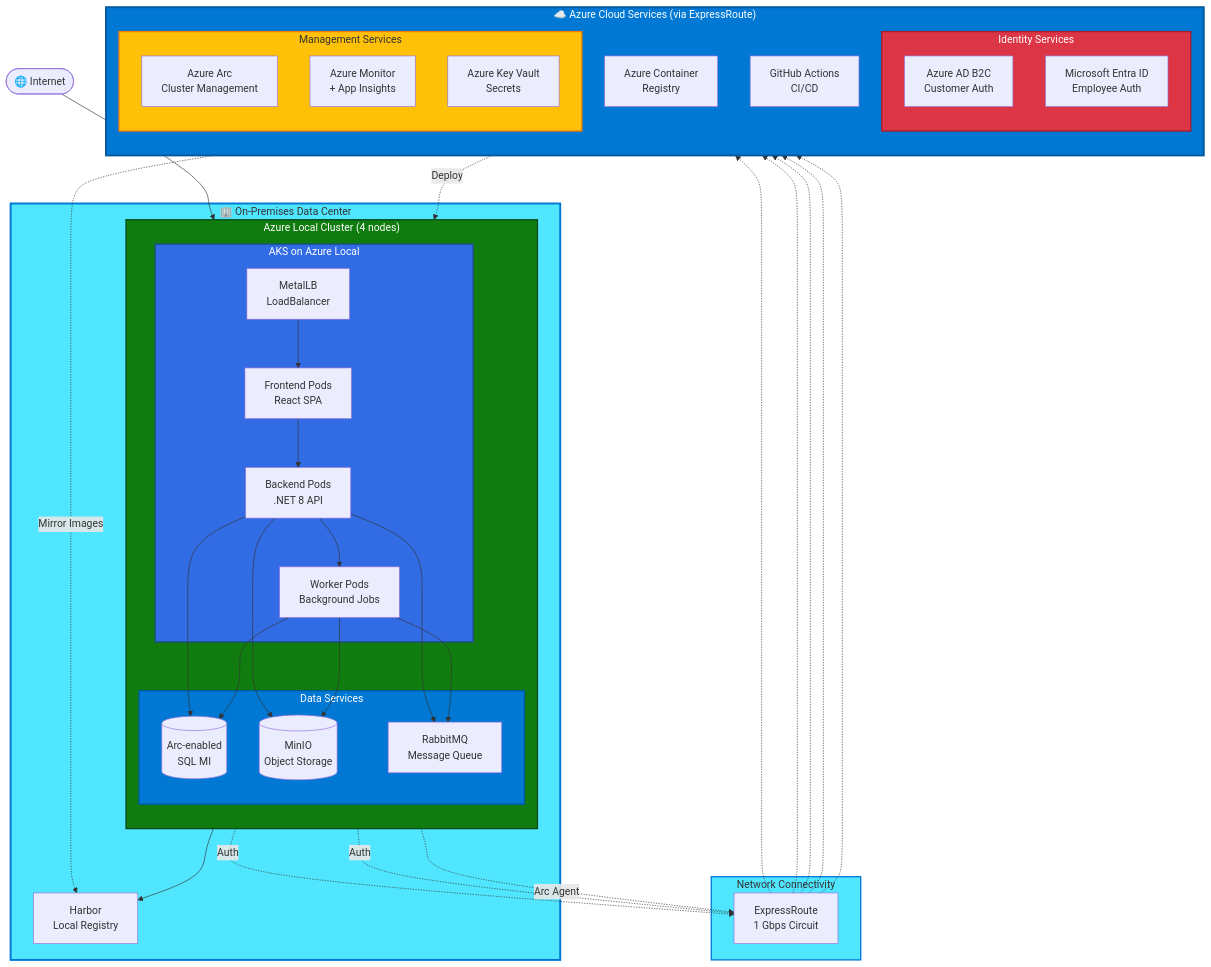
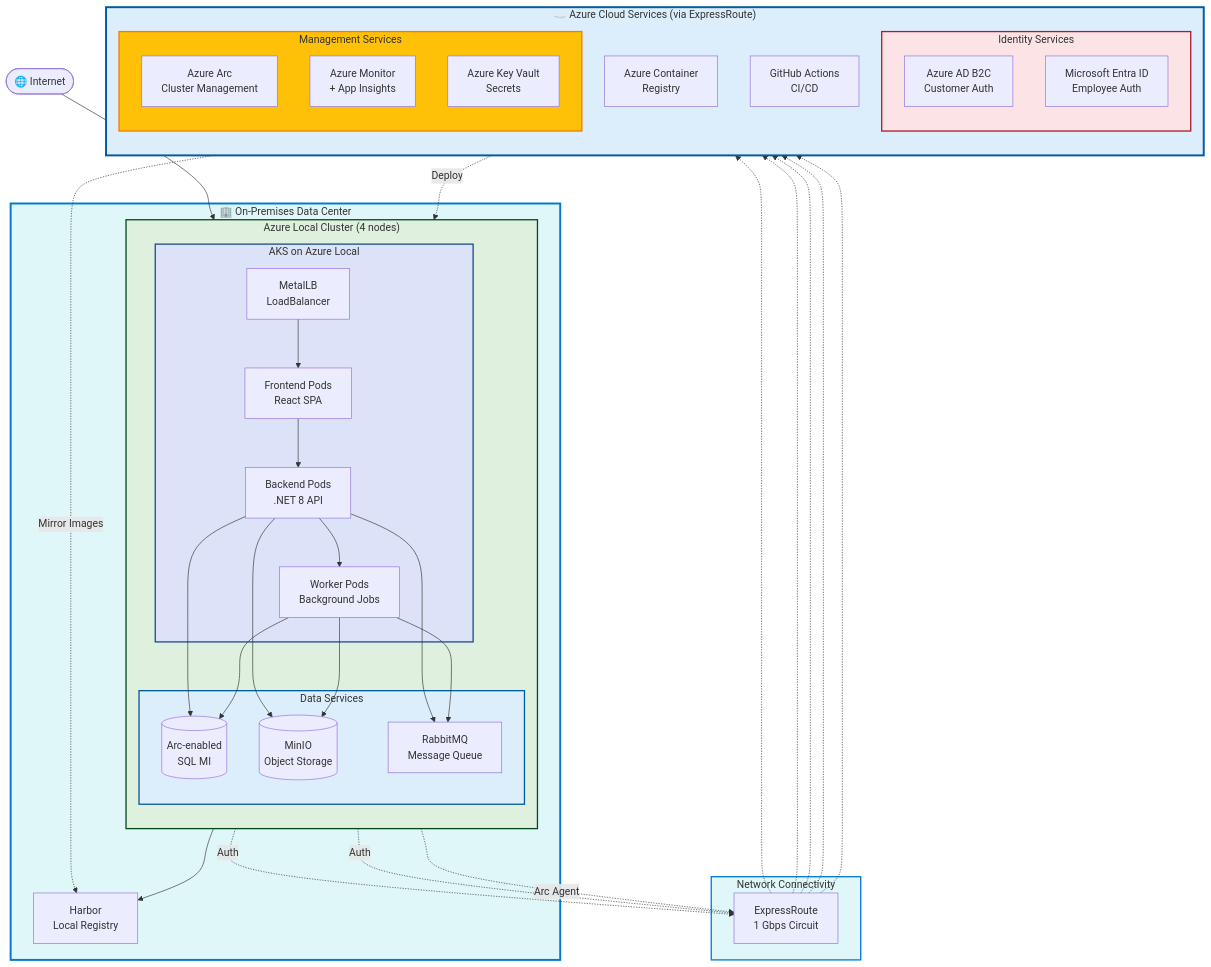
Before and after one commit to EmeaAppGbb/AzureHybridContinuumCookBook: the diagram in docs/07-reference-scenario/03-phase2-hybrid-connected.md, drawn with Mermaid. The commit also changed 28 other files, not shown here.

First line of the commit message:
Fix Mermaid diagram readability: use light pastel subgraph backgrounds

````diff
--- a/docs/07-reference-scenario/03-phase2-hybrid-connected.md
+++ b/docs/07-reference-scenario/03-phase2-hybrid-connected.md
@@ -123,12 +123,12 @@
     ACR -.->|Mirror Images| Harbor
     GitHub -.->|Deploy| AKS
     
-    style OnPremises fill:#50e6ff,stroke:#0078d4,stroke-width:3px
-    style AzureLocal fill:#107c10,stroke:#004b1c,stroke-width:2px,color:#fff
-    style AKS fill:#326ce5,stroke:#1a4d8c,stroke-width:2px,color:#fff
-    style Data fill:#0078d4,stroke:#005a9e,stroke-width:2px,color:#fff
-    style Azure fill:#0078d4,stroke:#005a9e,stroke-width:3px,color:#fff
-    style Identity fill:#dc3545,stroke:#a71d2a,stroke-width:2px,color:#fff
+    style OnPremises fill:#e0f7fa,stroke:#0078d4,stroke-width:3px
+    style AzureLocal fill:#dff0df,stroke:#004b1c,stroke-width:2px
+    style AKS fill:#dce3f9,stroke:#1a4d8c,stroke-width:2px
+    style Data fill:#dceefb,stroke:#005a9e,stroke-width:2px
+    style Azure fill:#dceefb,stroke:#005a9e,stroke-width:3px
+    style Identity fill:#fce4e6,stroke:#a71d2a,stroke-width:2px
     style Management fill:#ffc107,stroke:#f57c00,stroke-width:2px
-    style Network fill:#50e6ff,stroke:#0078d4,stroke-width:2px
+    style Network fill:#e0f7fa,stroke:#0078d4,stroke-width:2px
 ```
````
